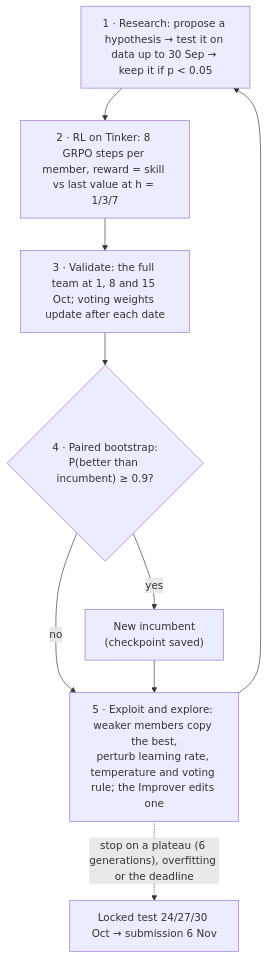
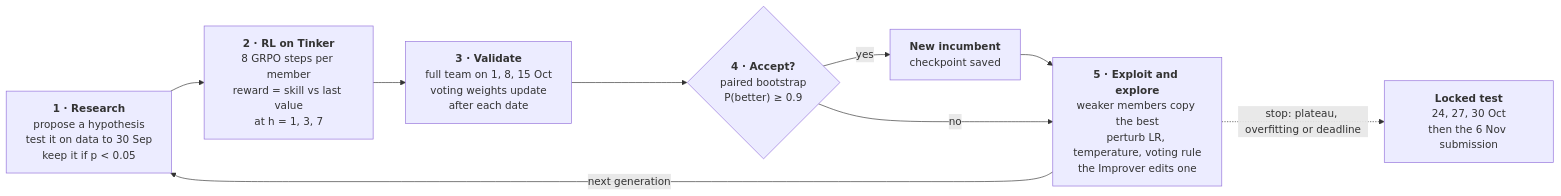
One commit to chengjianglong/gpu_price_forecast-rsi changed the second of 2 diagrams in README.md. Above: the diagram before and after it, drawn with Mermaid. The commit also changed other lines of this file, not shown here.

Commit message:
README: full-width self-improvement diagram and authors

````diff
--- a/README.md
+++ b/README.md
@@ -75,11 +78,15 @@
 ```mermaid
-flowchart TB
-    H["1 · Research: propose a hypothesis → test it on data up to 30 Sep → keep it if p < 0.05"] --> T
-    T["2 · RL on Tinker: 8 GRPO steps per member, reward = skill vs last value at h = 1/3/7"] --> E
-    E["3 · Validate: the full team at 1, 8 and 15 Oct; voting weights update after each date"] --> A
-    A{"4 · Paired bootstrap:<br/>P(better than incumbent) ≥ 0.9?"} -- yes --> I["New incumbent<br/>(checkpoint saved)"]
+flowchart LR
+    H["<b>1 · Research</b><br/>propose a hypothesis<br/>test it on data to 30 Sep<br/>keep it if p < 0.05"]
+    T["<b>2 · RL on Tinker</b><br/>8 GRPO steps per member<br/>reward = skill vs last value<br/>at h = 1, 3, 7"]
+    E["<b>3 · Validate</b><br/>full team on 1, 8, 15 Oct<br/>voting weights update<br/>after each date"]
+    A{"<b>4 · Accept?</b><br/>paired bootstrap<br/>P(better) ≥ 0.9"}
+    I["<b>New incumbent</b><br/>checkpoint saved"]
+    X["<b>5 · Exploit and explore</b><br/>weaker members copy the best<br/>perturb LR, temperature, voting rule<br/>the Improver edits one"]
+    Z["<b>Locked test</b><br/>24, 27, 30 Oct<br/>then the 6 Nov submission"]
+    H --> T --> E --> A
+    A -- yes --> I --> X
     A -- no --> X
-    I --> X["5 · Exploit and explore: weaker members copy the best,<br/>perturb learning rate, temperature and voting rule; the Improver edits one"]
-    X --> H
-    X -. "stop on a plateau (6 generations), overfitting or the deadline" .-> Z["Locked test 24/27/30 Oct → submission 6 Nov"]
+    X -- next generation --> H
+    X -. "stop: plateau, overfitting or deadline" .-> Z
 ```
````
